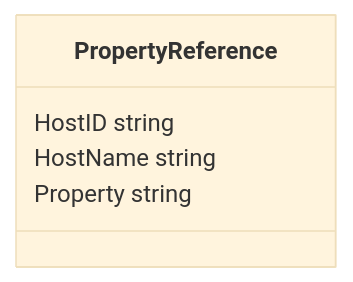
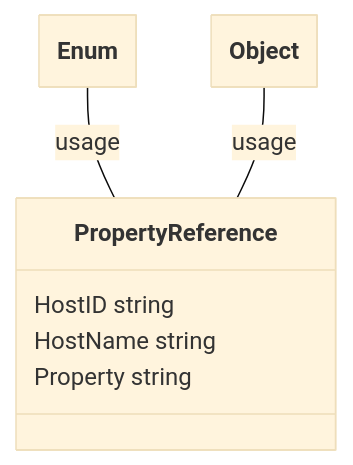
Before and after one commit to theunrepentantgeek/crddoc: diagram 12 of 17 in docs/model/model.md, drawn with Mermaid (base theme). The commit also changed other lines of this file and 8 other files, not shown here.

````diff
--- a/docs/model/model.md
+++ b/docs/model/model.md
@@ -454,20 +674,24 @@
 ```mermaid
 ---
   config:
     class:
       hideEmptyMembersBox: true
 ---
 classDiagram
 
 class PropertyReference["PropertyReference"]{  
       HostID string  
       HostName string  
       Property string
 
 
 } 
 
+Enum -- PropertyReference : usage 
+Object -- PropertyReference : usage 
 
 
+class Enum["Enum"]
+class Object["Object"]
 
 ```
````
